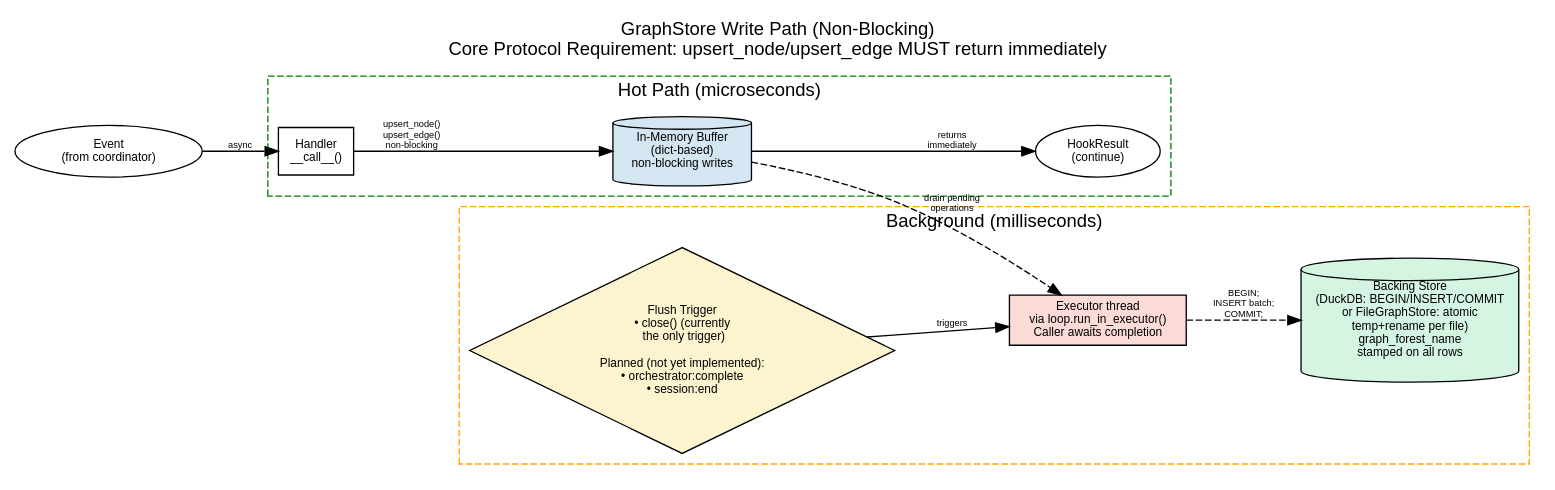
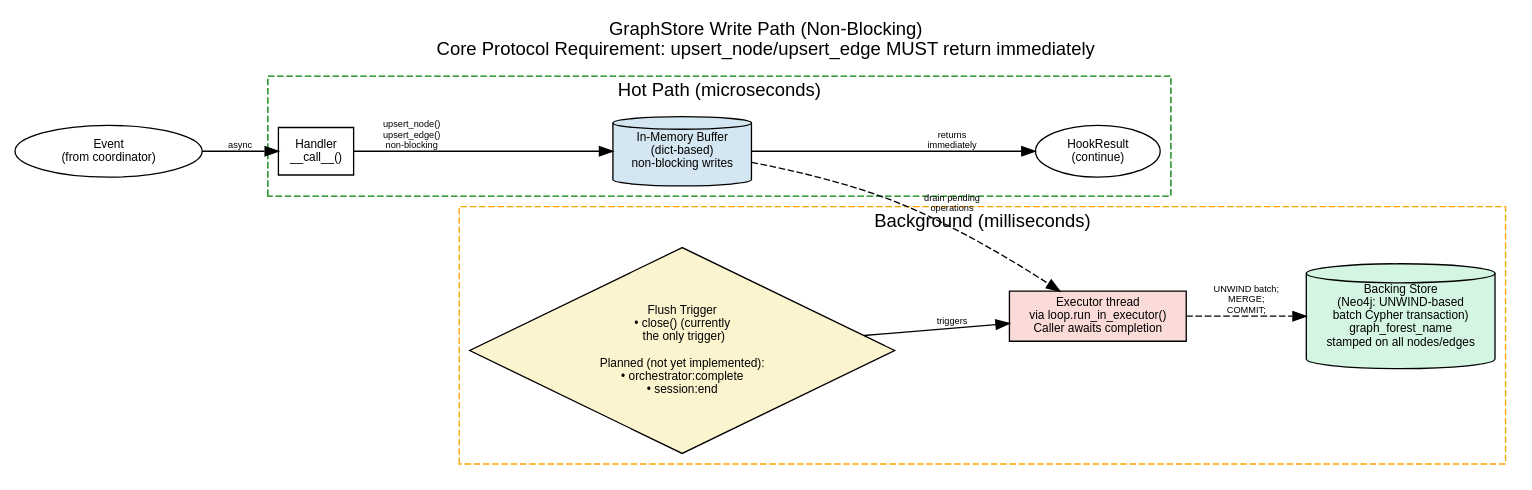
The diagram in context/write-path.dot (microsoft/amplifier-bundle-context-intelligence), drawn with Graphviz before and after one commit. The commit also changed 80 other files, not shown here.

First line of the commit message:
integration: merge Neo4j simplification + context-intelligence analyst agent

```diff
--- a/context/write-path.dot
+++ b/context/write-path.dot
@@ -1,47 +1,47 @@
 digraph write_path {
     rankdir=LR;
     label="GraphStore Write Path (Non-Blocking)\nCore Protocol Requirement: upsert_node/upsert_edge MUST return immediately";
     labelloc=t;
     fontsize=14;
     fontname="Helvetica";
     node [fontname="Helvetica", fontsize=9];
     edge [fontname="Helvetica", fontsize=7];
 
     // Actors
     event [label="Event\n(from coordinator)" shape=oval];
     handler [label="Handler\n__call__()" shape=box];
     buffer [label="In-Memory Buffer\n(dict-based)\nnon-blocking writes"
             shape=cylinder style=filled fillcolor="#D4E6F1"];
     hook_result [label="HookResult\n(continue)" shape=oval];
 
     // Background
     flush_trigger [label="Flush Trigger\n• close() (currently\n  the only trigger)\n\nPlanned (not yet implemented):\n• orchestrator:complete\n• session:end"
                    shape=diamond style=filled fillcolor="#FCF3CF"];
     flush_task [label="Executor thread\nvia loop.run_in_executor()\nCaller awaits completion" shape=box
                 style=filled fillcolor="#FADBD8"];
-    duckdb [label="Backing Store\n(DuckDB: BEGIN/INSERT/COMMIT\nor FileGraphStore: atomic\ntemp+rename per file)\ngraph_forest_name\nstamped on all rows"
-            shape=cylinder style=filled fillcolor="#D5F5E3"];
+    neo4j [label="Backing Store\n(Neo4j: UNWIND-based\nbatch Cypher transaction)\ngraph_forest_name\nstamped on all nodes/edges"
+           shape=cylinder style=filled fillcolor="#D5F5E3"];
 
     // Hot path (fast)
     event -> handler [label="async"];
     handler -> buffer [label="upsert_node()\nupsert_edge()\nnon-blocking"];
     buffer -> hook_result [label="returns\nimmediately"];
 
     // Background flush (decoupled)
     flush_trigger -> flush_task [label="triggers"];
     buffer -> flush_task [label="drain pending\noperations" style=dashed];
-    flush_task -> duckdb [label="BEGIN;\nINSERT batch;\nCOMMIT;"
-                          style=dashed];
+    flush_task -> neo4j [label="UNWIND batch;\nMERGE;\nCOMMIT;"
+                         style=dashed];
 
     // Subgraph for visual grouping
     subgraph cluster_hot {
         label="Hot Path (microseconds)";
         style=dashed; color=green;
         handler; buffer; hook_result;
     }
     subgraph cluster_background {
         label="Background (milliseconds)";
         style=dashed; color=orange;
-        flush_trigger; flush_task; duckdb;
+        flush_trigger; flush_task; neo4j;
     }
 }
```
